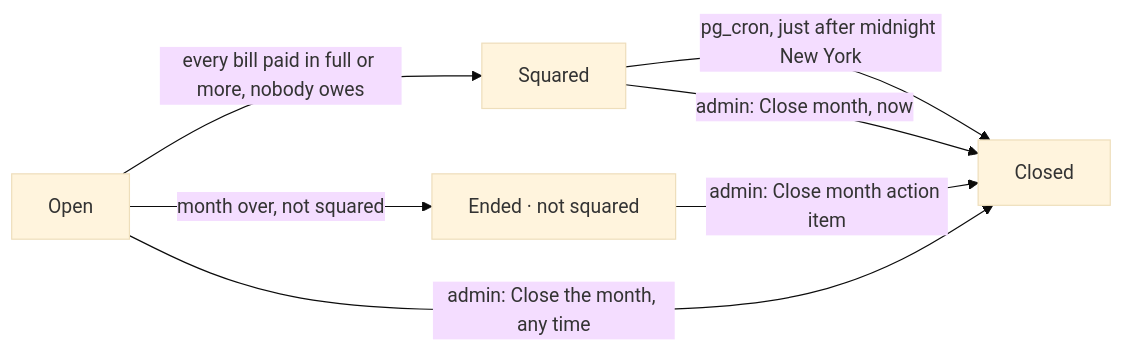
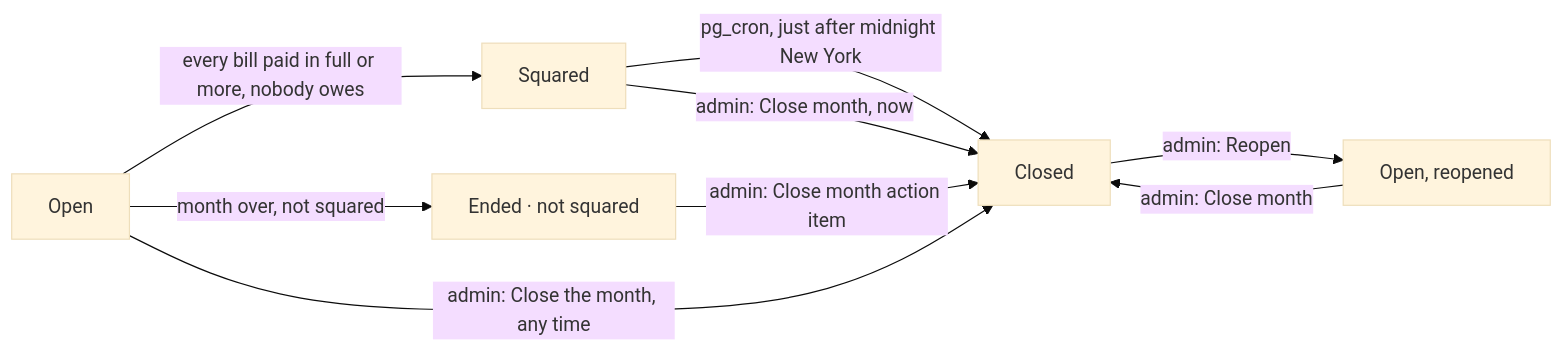
One commit to vplakkot/HomeBase changed the ninth of 12 diagrams in docs/architecture.md. Above: the diagram before and after it, drawn with Mermaid (base theme). The commit also changed other lines of this file and 16 other files, not shown here.

First line of the commit message:
Finances: an admin can reopen a closed month (#334)

````diff
--- a/docs/architecture.md
+++ b/docs/architecture.md
@@ -847,9 +847,11 @@
 ```mermaid
 flowchart LR
   Open -->|every bill paid in full or more, nobody owes| Squared
   Squared -->|pg_cron, just after midnight New York| Closed
   Open -->|month over, not squared| Ended["Ended · not squared"]
   Ended -->|admin: Close month action item| Closed
   Open -->|admin: Close the month, any time| Closed
   Squared -->|admin: Close month, now| Closed
+  Closed -->|admin: Reopen| Reopened["Open, reopened"]
+  Reopened -->|admin: Close month| Closed
 ```
````
